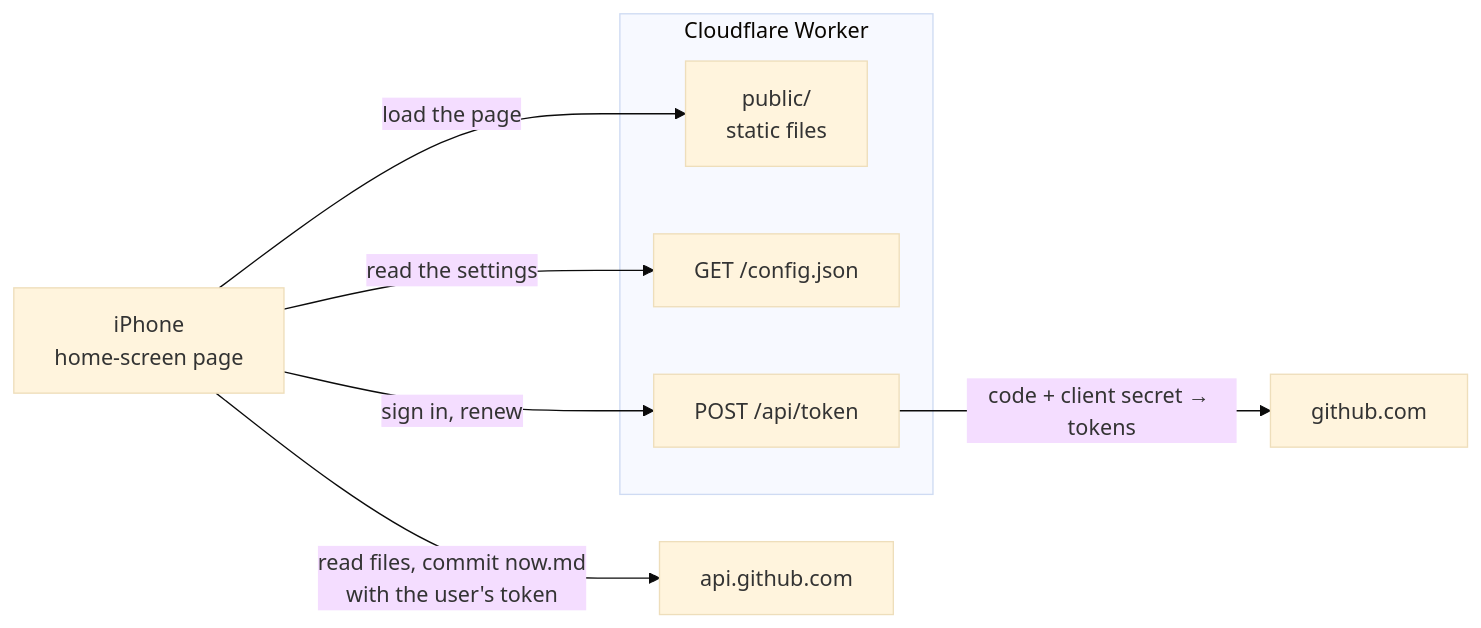
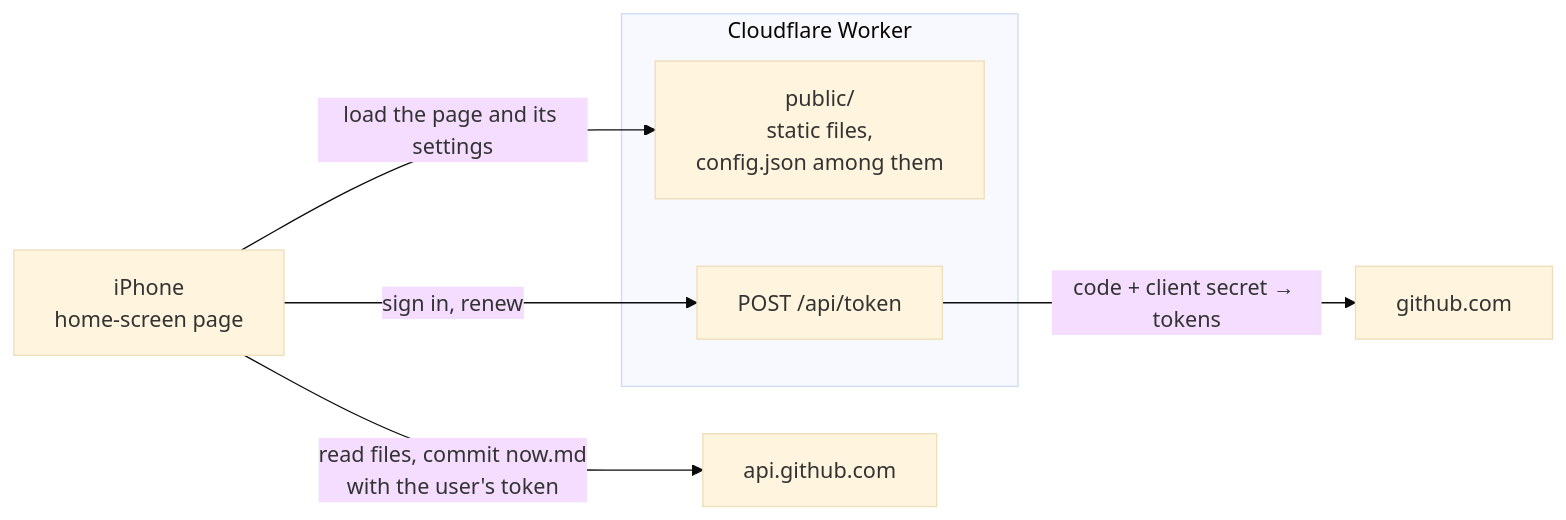
One commit to shayanhoshyari/md-viewer-phone changed the first of 3 diagrams in DESIGN.md. Above: the diagram before and after it, drawn with Mermaid (base theme). The commit also changed other lines of this file and 13 other files, not shown here.

````diff
--- a/DESIGN.md
+++ b/DESIGN.md
@@ -11,17 +11,15 @@
 ```mermaid
 flowchart LR
   phone["iPhone<br>home-screen page"]
   subgraph worker["Cloudflare Worker"]
-    assets["public/<br>static files"]
-    config["GET /config.json"]
+    assets["public/<br>static files,<br>config.json among them"]
     token["POST /api/token"]
   end
   login["github.com"]
   api["api.github.com"]
 
-  phone -- "load the page" --> assets
-  phone -- "read the settings" --> config
+  phone -- "load the page and its settings" --> assets
   phone -- "sign in, renew" --> token
   token -- "code + client secret → tokens" --> login
   phone -- "read files, commit now.md<br>with the user's token" --> api
 ```
````
